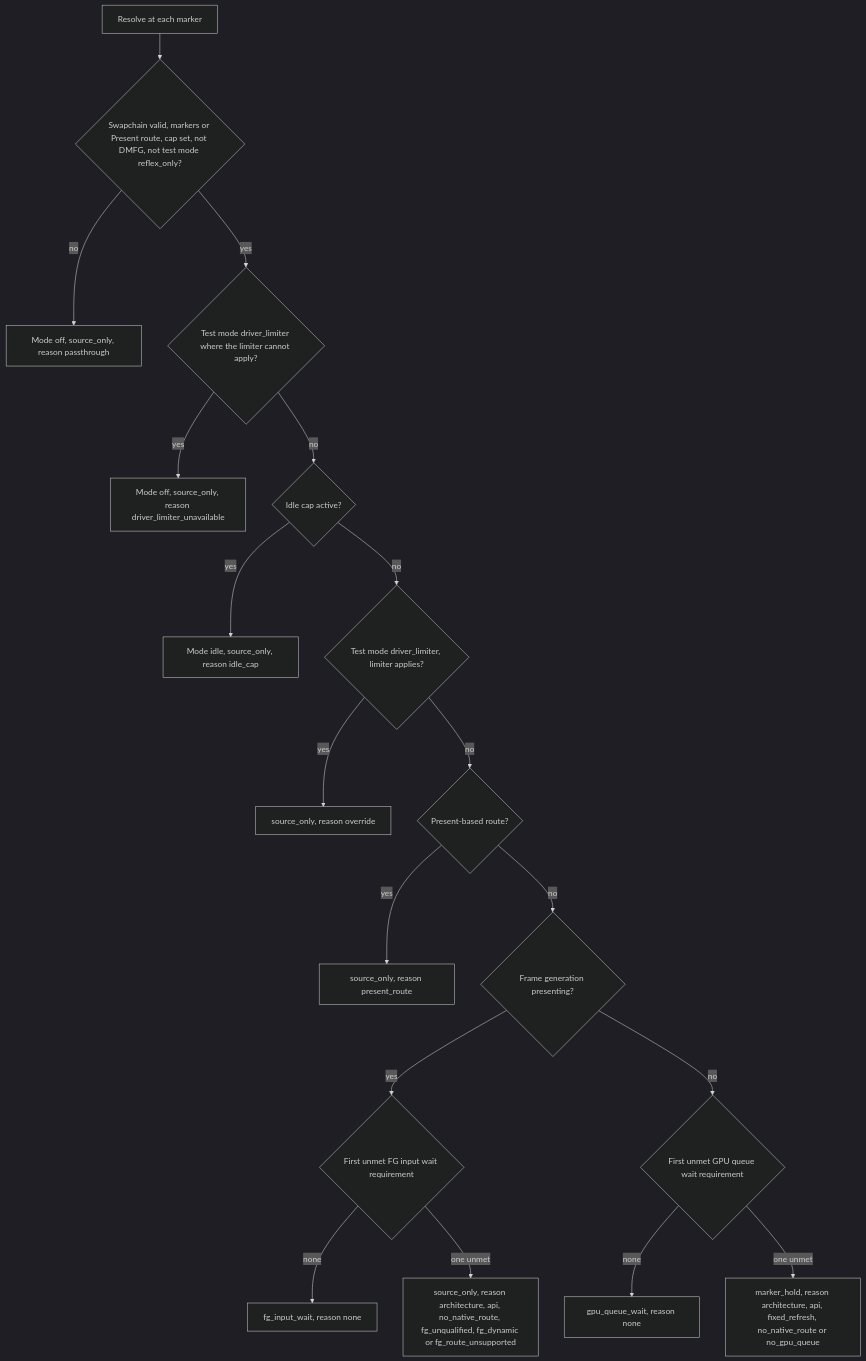
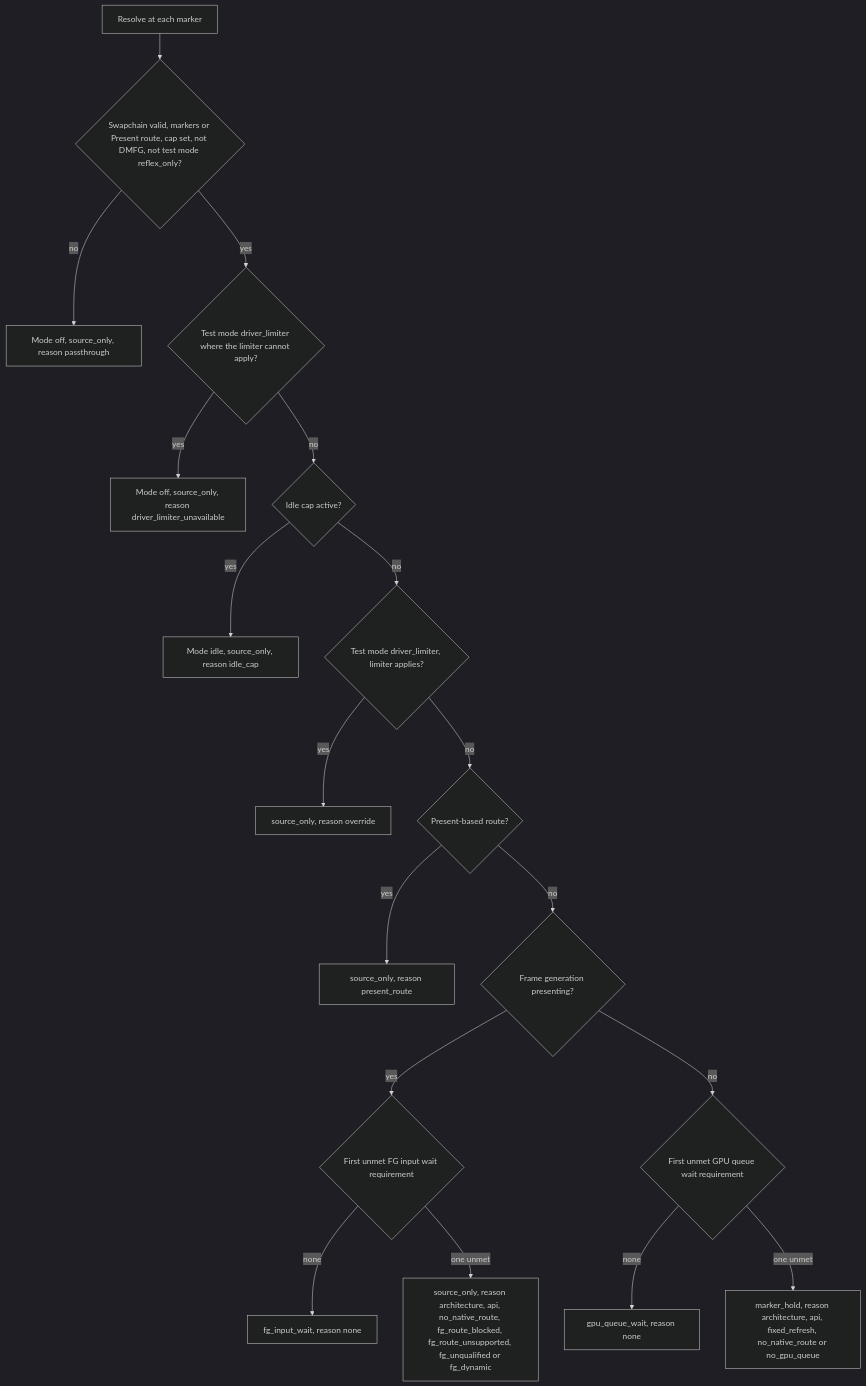
Before and after one commit to RankFTW/ReLimiter: the seventh of 10 diagrams in docs/FRAME_PACING.md, drawn with Mermaid (dark theme). The commit also changed other lines of this file and 25 other files, not shown here.

````diff
--- a/docs/FRAME_PACING.md
+++ b/docs/FRAME_PACING.md
@@ -400,20 +400,20 @@
 ```mermaid
 flowchart TD
     A["Resolve at each marker"] --> B{"Swapchain valid, markers or Present route, cap set, not DMFG, not test mode reflex_only?"}
     B -->|no| P["Mode off, source_only, reason passthrough"]
     B -->|yes| B2{"Test mode driver_limiter where the limiter cannot apply?"}
     B2 -->|yes| U["Mode off, source_only, reason driver_limiter_unavailable"]
     B2 -->|no| C{"Idle cap active?"}
     C -->|yes| I["Mode idle, source_only, reason idle_cap"]
     C -->|no| D{"Test mode driver_limiter, limiter applies?"}
     D -->|yes| O1["source_only, reason override"]
     D -->|no| E{"Present-based route?"}
     E -->|yes| R1["source_only, reason present_route"]
     E -->|no| H{"Frame generation presenting?"}
     H -->|yes| H1{"First unmet FG input wait requirement"}
     H1 -->|none| FG["fg_input_wait, reason none"]
-    H1 -->|one unmet| FU["source_only, reason architecture, api, no_native_route, fg_unqualified, fg_dynamic or fg_route_unsupported"]
+    H1 -->|one unmet| FU["source_only, reason architecture, api, no_native_route, fg_route_blocked, fg_route_unsupported, fg_unqualified or fg_dynamic"]
     H -->|no| J{"First unmet GPU queue wait requirement"}
     J -->|none| GQ["gpu_queue_wait, reason none"]
     J -->|one unmet| MH["marker_hold, reason architecture, api, fixed_refresh, no_native_route or no_gpu_queue"]
 ```
````
